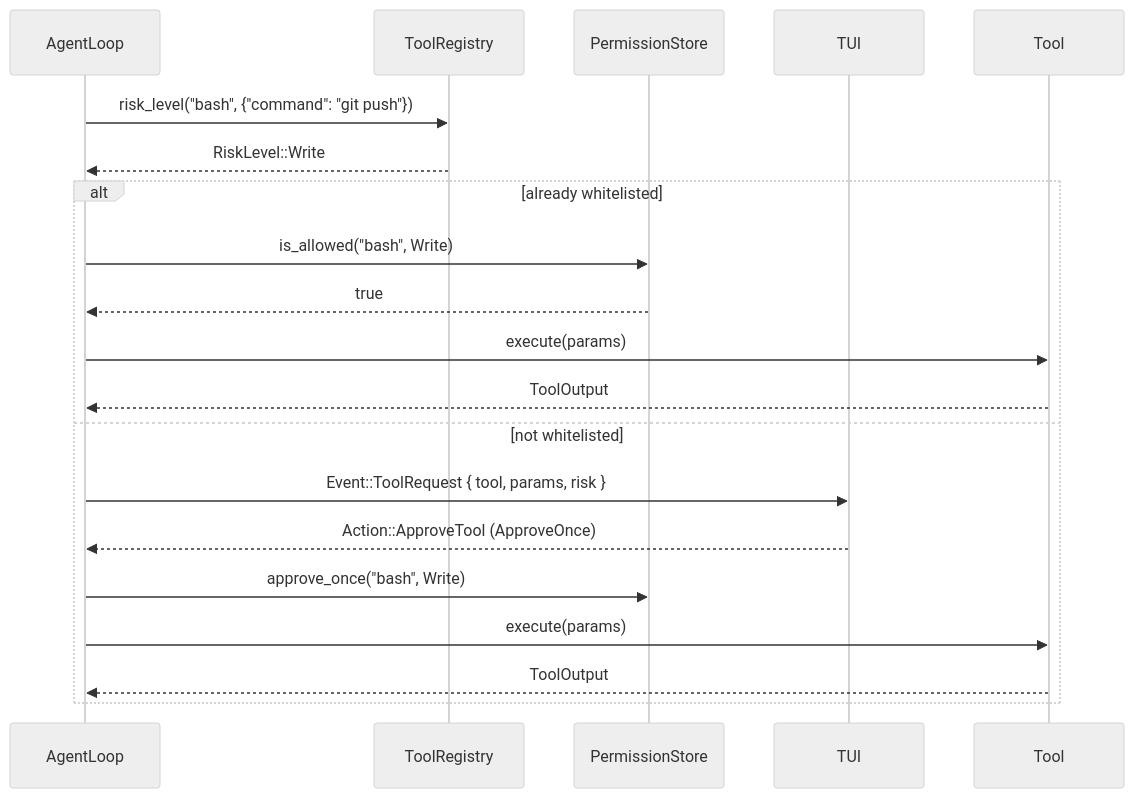
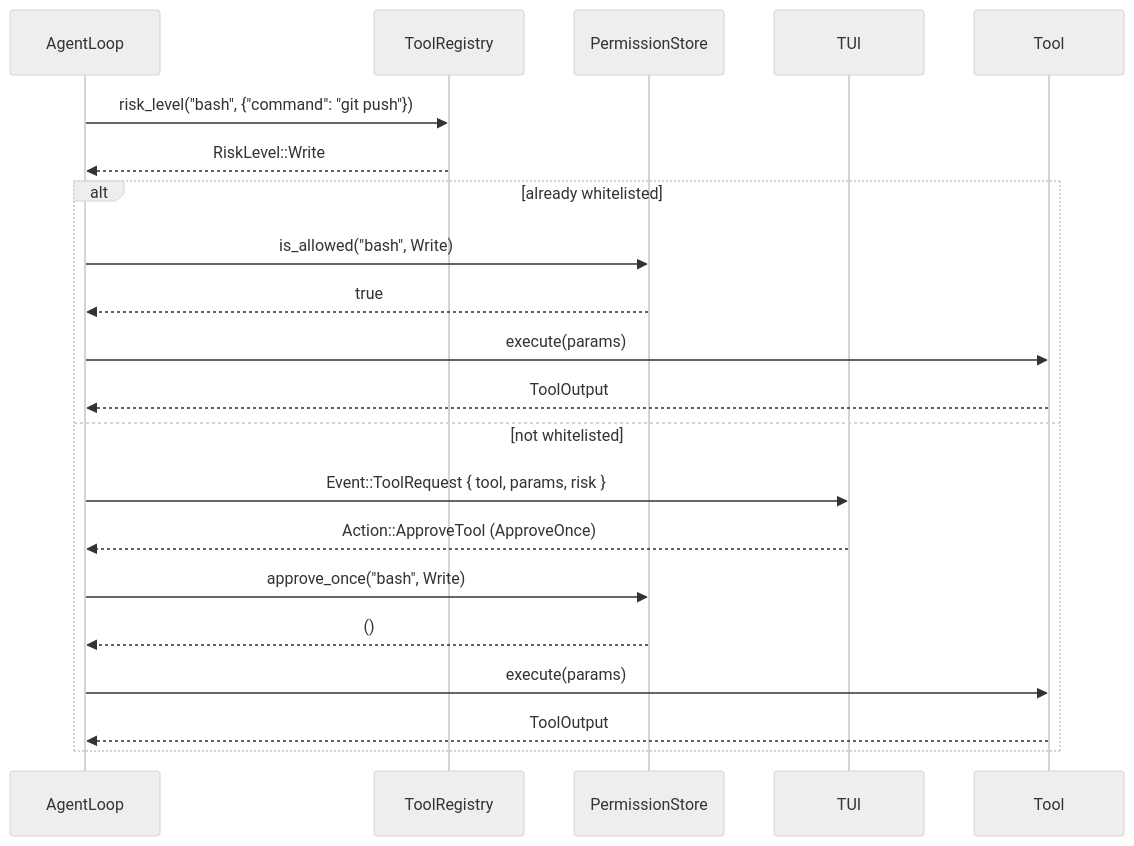
Before and after one commit to CheneyYin/emergence: the seventh of 14 diagrams in docs/superpowers/specs/2026-05-04-emergence-design.md, drawn with Mermaid (neutral theme).

Commit message:
fix: add missing PS response in permission sequence diagram

````diff
--- a/docs/superpowers/specs/2026-05-04-emergence-design.md
+++ b/docs/superpowers/specs/2026-05-04-emergence-design.md
@@ -381,24 +381,25 @@
 ```mermaid
 sequenceDiagram
     participant AL as AgentLoop
     participant TR as ToolRegistry
     participant PS as PermissionStore
     participant TUI as TUI
     participant Tool as Tool
 
     AL->>TR: risk_level("bash", {"command": "git push"})
     TR-->>AL: RiskLevel::Write
 
     alt already whitelisted
         AL->>PS: is_allowed("bash", Write)
         PS-->>AL: true
         AL->>Tool: execute(params)
         Tool-->>AL: ToolOutput
     else not whitelisted
         AL->>TUI: Event::ToolRequest { tool, params, risk }
         TUI-->>AL: Action::ApproveTool (ApproveOnce)
         AL->>PS: approve_once("bash", Write)
+        PS-->>AL: ()
         AL->>Tool: execute(params)
         Tool-->>AL: ToolOutput
     end
 ```
````
